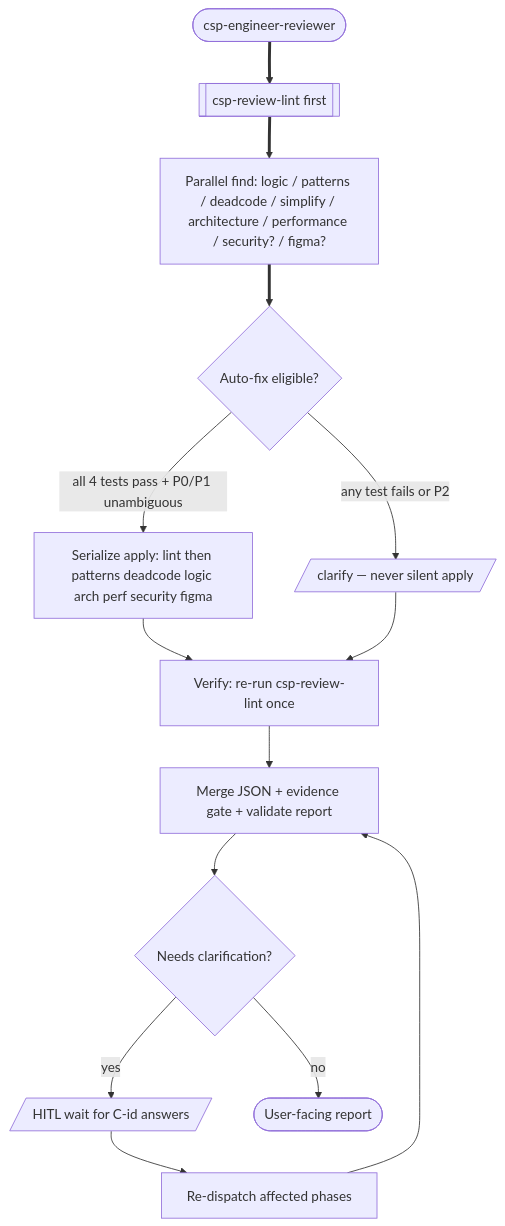
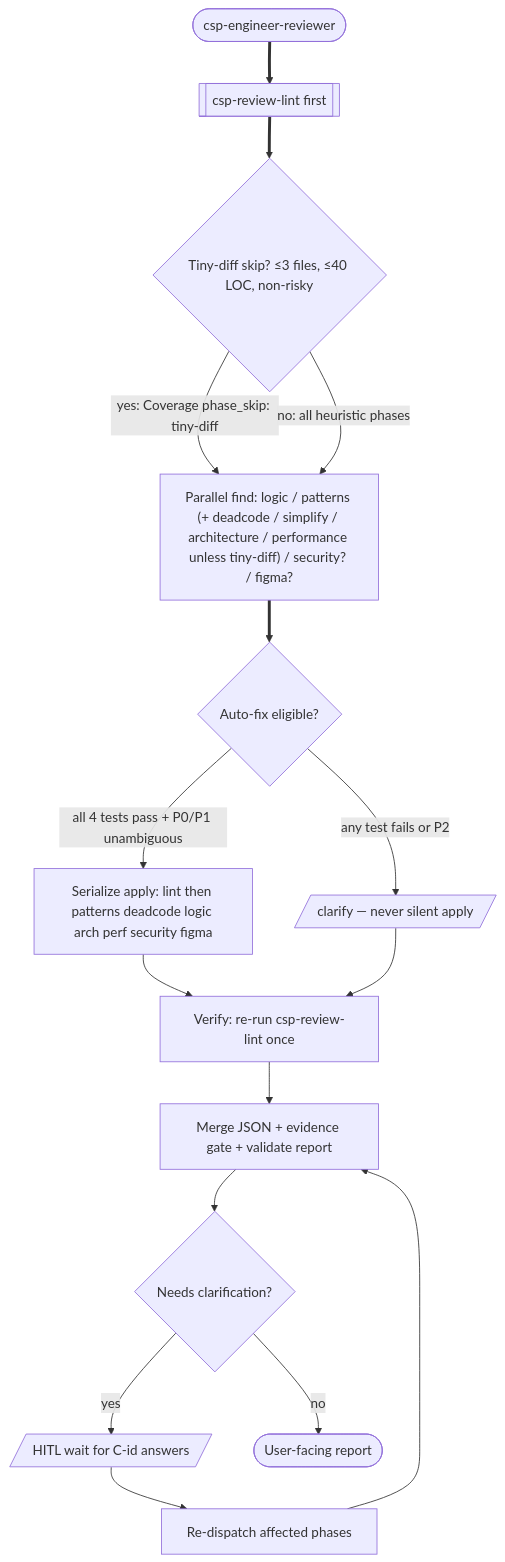
One commit to a-trembak/cursor-spells changed the eighth of 14 diagrams in docs/superpowers/pipeline-flow.md. Above: the diagram before and after it, drawn with Mermaid. The commit also changed other lines of this file and 3 other files, not shown here.

First line of the commit message:
docs(pipeline): document skill profile and tiny-diff on canvas

````diff
--- a/docs/superpowers/pipeline-flow.md
+++ b/docs/superpowers/pipeline-flow.md
@@ -432,29 +434,32 @@
 ```mermaid
 flowchart TD
   orch(["csp-engineer-reviewer"])
   lint[["csp-review-lint first"]]
-  parallelFind["Parallel find: logic / patterns / deadcode / simplify / architecture / performance / security? / figma?"]
+  tinyDiff{"Tiny-diff skip? ≤3 files, ≤40 LOC, non-risky"}
+  parallelFind["Parallel find: logic / patterns (+ deadcode / simplify / architecture / performance unless tiny-diff) / security? / figma?"]
   autofix{Auto-fix eligible?}
   apply["Serialize apply: lint then patterns deadcode logic arch perf security figma"]
   clarifyItem[/"clarify — never silent apply"/]
   verifyLint["Verify: re-run csp-review-lint once"]
   merge["Merge JSON + evidence gate + validate report"]
   needsClarify{Needs clarification?}
   waitHitl[/"HITL wait for C-id answers"/]
   redispatch["Re-dispatch affected phases"]
   report(["User-facing report"])
 
   orch ==> lint
-  lint ==> parallelFind
+  lint ==> tinyDiff
+  tinyDiff -->|"yes: Coverage phase_skip: tiny-diff"| parallelFind
+  tinyDiff -->|"no: all heuristic phases"| parallelFind
   parallelFind ==> autofix
   autofix -->|"all 4 tests pass + P0/P1 unambiguous"| apply
   autofix -->|"any test fails or P2"| clarifyItem
   apply --> verifyLint
   clarifyItem --> verifyLint
   verifyLint --> merge
   merge --> needsClarify
   needsClarify -->|"yes"| waitHitl
   waitHitl --> redispatch
   redispatch --> merge
   needsClarify -->|"no"| report
 ```
````
